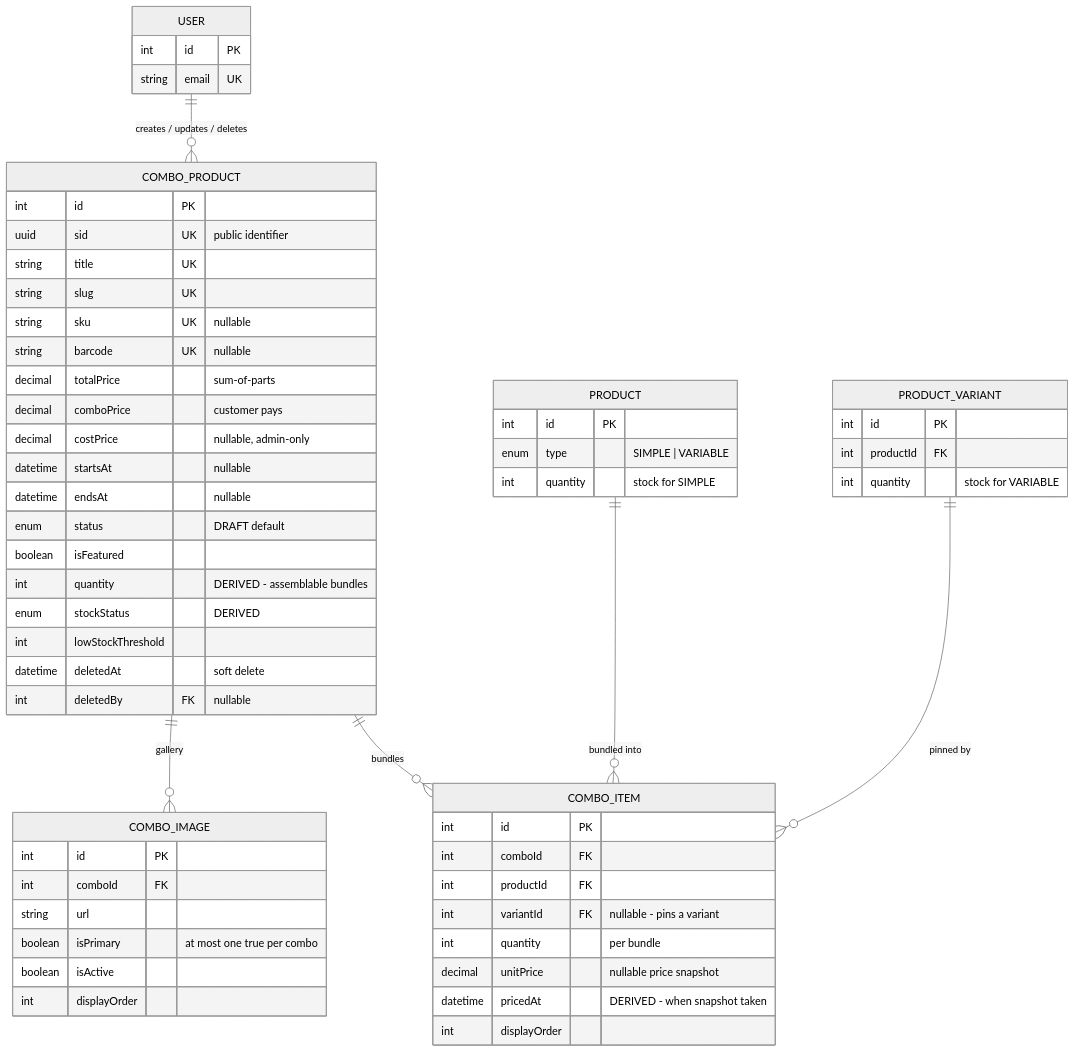
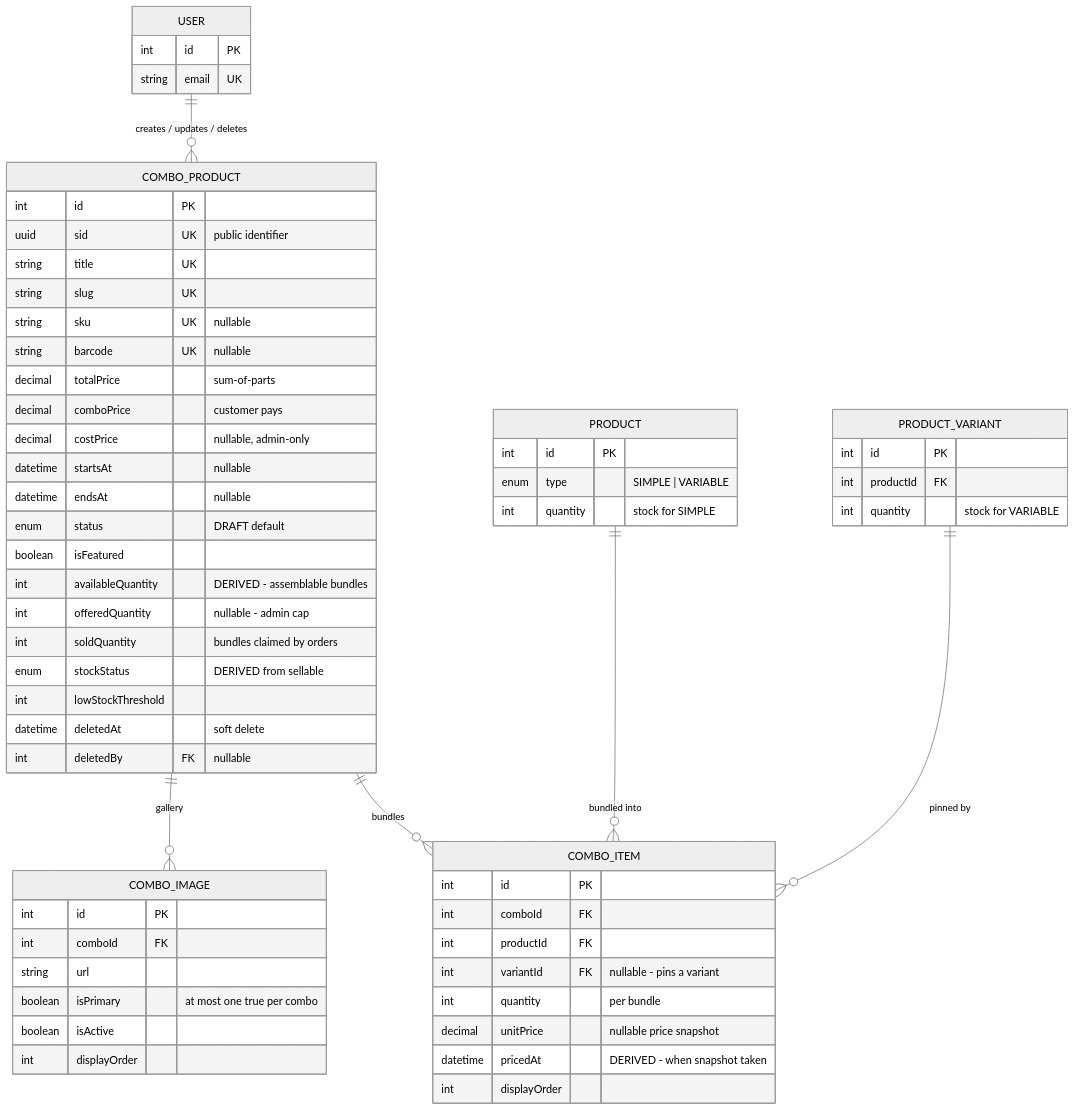
Before and after one commit to QuaziSamiha/thai-health-product-server: the diagram in docs/combo-product.md, drawn with Mermaid (neutral theme). The commit also changed other lines of this file and 46 other files, not shown here.

````diff
--- a/docs/combo-product.md
+++ b/docs/combo-product.md
@@ -16,66 +16,68 @@
 ```mermaid
 erDiagram
     COMBO_PRODUCT ||--o{ COMBO_ITEM : "bundles"
     COMBO_PRODUCT ||--o{ COMBO_IMAGE : "gallery"
     PRODUCT ||--o{ COMBO_ITEM : "bundled into"
     PRODUCT_VARIANT ||--o{ COMBO_ITEM : "pinned by"
     USER ||--o{ COMBO_PRODUCT : "creates / updates / deletes"
 
     COMBO_PRODUCT {
         int id PK
         uuid sid UK "public identifier"
         string title UK
         string slug UK
         string sku UK "nullable"
         string barcode UK "nullable"
         decimal totalPrice "sum-of-parts"
         decimal comboPrice "customer pays"
         decimal costPrice "nullable, admin-only"
         datetime startsAt "nullable"
         datetime endsAt "nullable"
         enum status "DRAFT default"
         boolean isFeatured
-        int quantity "DERIVED - assemblable bundles"
-        enum stockStatus "DERIVED"
+        int availableQuantity "DERIVED - assemblable bundles"
+        int offeredQuantity "nullable - admin cap"
+        int soldQuantity "bundles claimed by orders"
+        enum stockStatus "DERIVED from sellable"
         int lowStockThreshold
         datetime deletedAt "soft delete"
         int deletedBy FK "nullable"
     }
 
     COMBO_ITEM {
         int id PK
         int comboId FK
         int productId FK
         int variantId FK "nullable - pins a variant"
         int quantity "per bundle"
         decimal unitPrice "nullable price snapshot"
         datetime pricedAt "DERIVED - when snapshot taken"
         int displayOrder
     }
 
     COMBO_IMAGE {
         int id PK
         int comboId FK
         string url
         boolean isPrimary "at most one true per combo"
         boolean isActive
         int displayOrder
     }
 
     PRODUCT {
         int id PK
         enum type "SIMPLE | VARIABLE"
         int quantity "stock for SIMPLE"
     }
 
     PRODUCT_VARIANT {
         int id PK
         int productId FK
         int quantity "stock for VARIABLE"
     }
 
     USER {
         int id PK
         string email UK
     }
 ```
````
